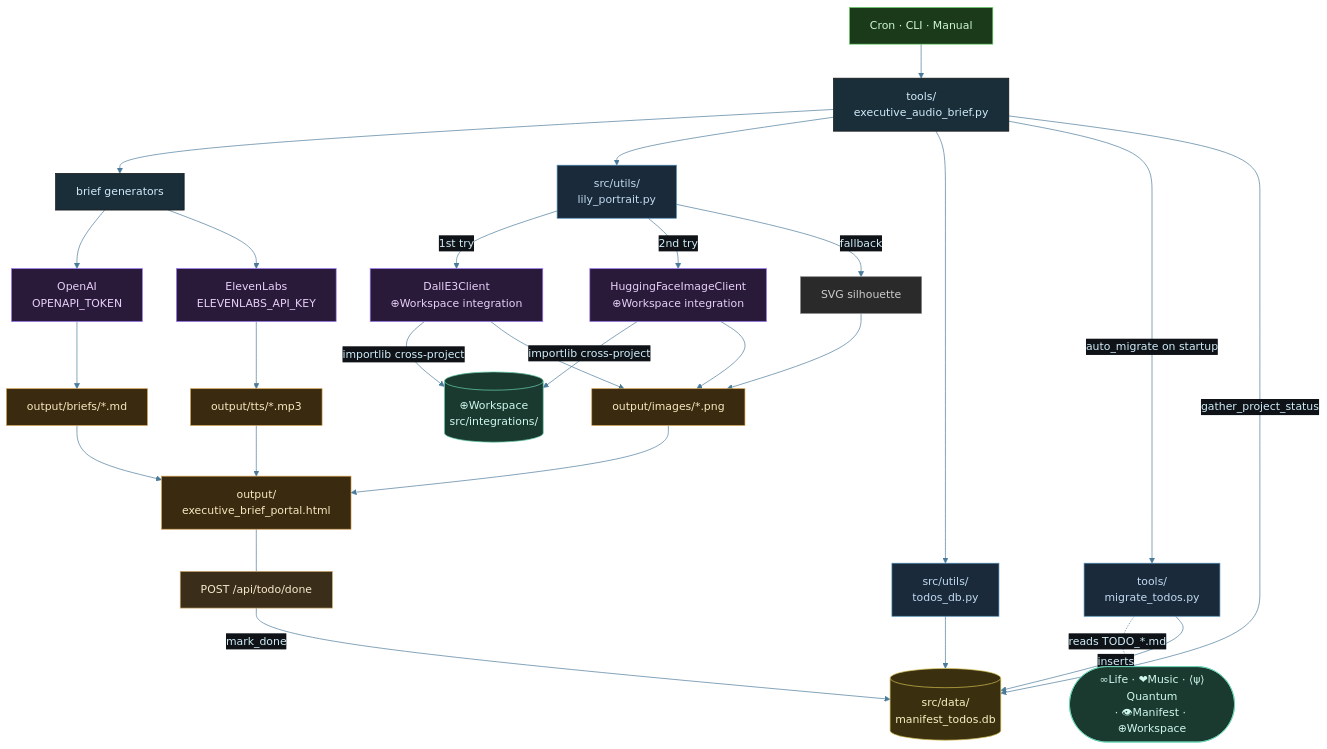
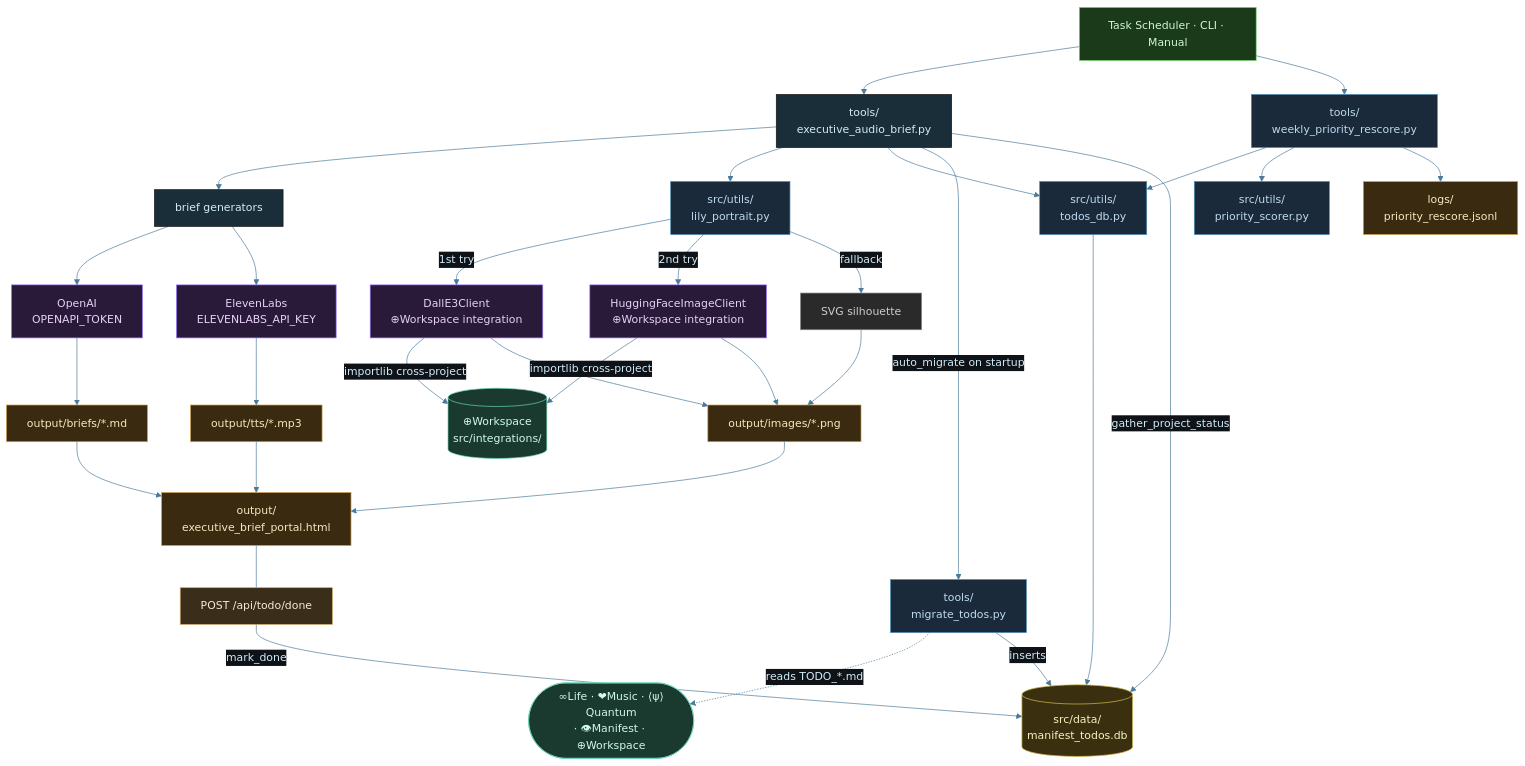
Before and after one commit to tylerdrakemusic/-Workspace: the diagram in diagrams/manifest-architecture.mmd, drawn with Mermaid. The commit also changed 2 other files, not shown here.

Commit message:
docs(diagrams): arch reviewer updates for withings-token-auto-refresh + todo-priority-auto-rescorer
- life-architecture.mmd: add WithingsWatcher + WithingsRefresh + Scheduler nodes (FR-20260524-withings-token-auto-refresh)
- life-db-schema.mmd: add TOKEN_REFRESH_LOG entity (FR-20260524-withings-token-auto-refresh)
- manifest-architecture.mmd: add RescorerTool + PriorityScorer + RescorerLog nodes (FR-20260524-todo-priority-auto-rescorer)

```diff
--- a/diagrams/manifest-architecture.mmd
+++ b/diagrams/manifest-architecture.mmd
@@ -1,59 +1,70 @@
 %%{init: {'theme': 'base', 'themeVariables': {'primaryColor': '#1a2e3a', 'primaryTextColor': '#d0ecf8', 'edgeLabelBackground': '#0f1318', 'lineColor': '#4a7a9a'}}}%%
 graph TB
-    Triggers[Cron · CLI · Manual] --> Tools[tools/<br/>executive_audio_brief.py]
+    Triggers[Task Scheduler · CLI · Manual] --> Tools[tools/<br/>executive_audio_brief.py]
     Tools --> Briefs[brief generators]
     Tools --> LilyPortrait[src/utils/<br/>lily_portrait.py]
     Briefs --> OpenAI[OpenAI<br/>OPENAPI_TOKEN]
     Briefs --> ElevenLabs[ElevenLabs<br/>ELEVENLABS_API_KEY]
     LilyPortrait -->|1st try| DallE3[DallE3Client<br/>⊕Workspace integration]
     LilyPortrait -->|2nd try| HFImage[HuggingFaceImageClient<br/>⊕Workspace integration]
     LilyPortrait -->|fallback| SVGFallback[SVG silhouette]
     DallE3 -->|importlib cross-project| WSIntegrations[(⊕Workspace<br/>src/integrations/)]
     HFImage -->|importlib cross-project| WSIntegrations
     DallE3 --> ImagesOut[output/images/*.png]
     HFImage --> ImagesOut
     SVGFallback --> ImagesOut
     ImagesOut --> Portal[output/<br/>executive_brief_portal.html]
     OpenAI --> TextOut[output/briefs/*.md]
     ElevenLabs --> AudioOut[output/tts/*.mp3]
     TextOut --> Portal
     AudioOut --> Portal
     %% PR#12 – todos DB
     TodosUtil[src/utils/<br/>todos_db.py]
     TodosDB[(src/data/<br/>manifest_todos.db)]
     MigrateScript[tools/<br/>migrate_todos.py]
     AllProjects([∞Life · ❤Music · ⟨ψ⟩Quantum<br/>· 👁Manifest · ⊕Workspace])
     TodoDoneAPI[POST /api/todo/done]
     Tools --> TodosUtil
     TodosUtil --> TodosDB
     MigrateScript -.->|reads TODO_*.md| AllProjects
     MigrateScript -->|inserts| TodosDB
     Tools -->|auto_migrate on startup| MigrateScript
     Tools -->|gather_project_status| TodosDB
     Portal --- TodoDoneAPI
     TodoDoneAPI -->|mark_done| TodosDB
+    %% FR-20260524 – priority auto-rescorer
+    RescorerTool[tools/<br/>weekly_priority_rescore.py]
+    PriorityScorer[src/utils/<br/>priority_scorer.py]
+    RescorerLog[logs/<br/>priority_rescore.jsonl]
+    Triggers --> RescorerTool
+    RescorerTool --> TodosUtil
+    RescorerTool --> PriorityScorer
+    RescorerTool --> RescorerLog
     class TodosDB db
     class TodosUtil,MigrateScript util
     class AllProjects ws
     class TodoDoneAPI manifest
     class Triggers trig
     class OpenAI,ElevenLabs,DallE3,HFImage api
     class TextOut,AudioOut,Portal,ImagesOut out
     class WSIntegrations ws
     class LilyPortrait util
     class SVGFallback fallback
+    class RescorerTool util
+    class PriorityScorer util
+    class RescorerLog out
 
 classDef life     fill:#1a2e3a,stroke:#6ab4d4,color:#d0ecf8
 classDef music    fill:#3a1a24,stroke:#d47a8f,color:#f8d0dc
 classDef quantum  fill:#251a3a,stroke:#a07adf,color:#e8d0f8
 classDef manifest fill:#3a2e1a,stroke:#d4a96a,color:#f8ead0
 classDef ws       fill:#1a3a30,stroke:#6ad4b4,color:#d0f8ee
 classDef tyler    fill:#2a1a3a,stroke:#9e4aff,color:#fff
 classDef ext      fill:#3a2020,stroke:#ff7a7a,color:#ffd0d0
 classDef db       fill:#3a3010,stroke:#d4c050,color:#f8f0c0
 classDef state    fill:#1a1a1a,stroke:#888888,color:#cccccc
 classDef api      fill:#2a1a3a,stroke:#9e7aff,color:#e8d0f8
 classDef trig     fill:#1a3a1a,stroke:#6ad46a,color:#d0f8d0
 classDef out      fill:#3a2a10,stroke:#d4a050,color:#f8e8c0
 classDef util     fill:#1a2a3a,stroke:#4a8ab4,color:#c0daf0
 classDef fallback fill:#2a2a2a,stroke:#888888,color:#cccccc
```
